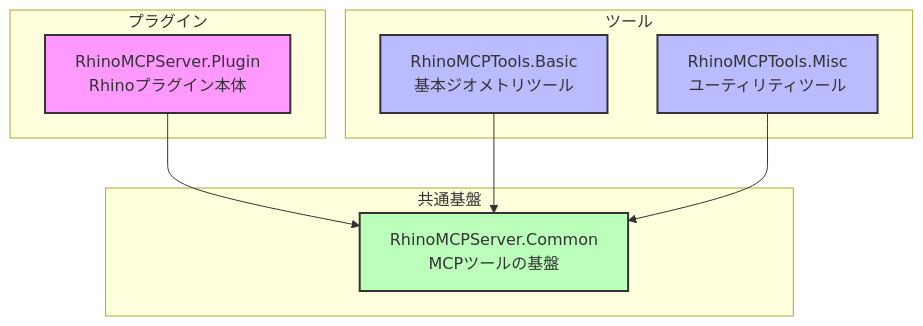
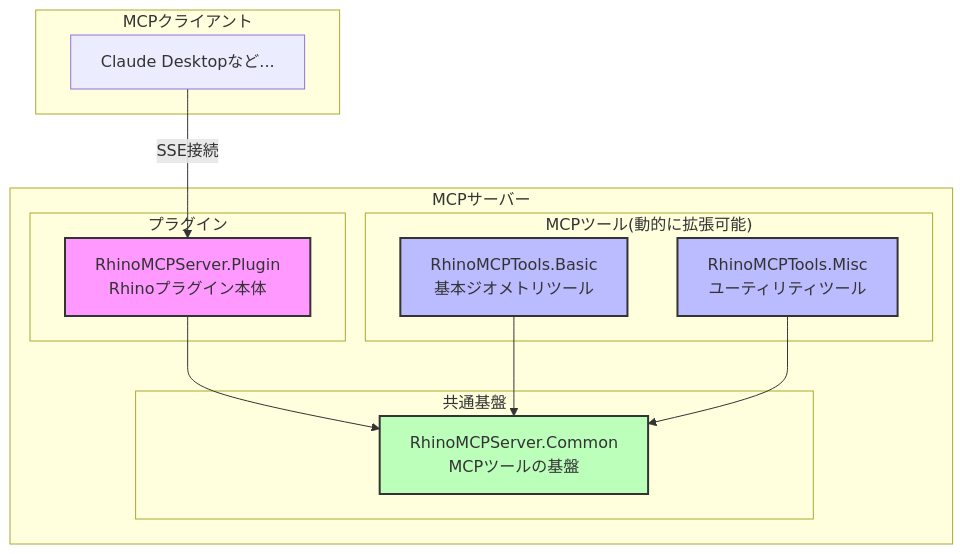
Before and after one commit to 4kk11/RhinoMCPServer: the diagram in README.ja.md, drawn with Mermaid. The commit also changed other lines of this file and 1 other file, not shown here.

Commit message:
Update: README

````diff
--- a/README.ja.md
+++ b/README.ja.md
@@ -18,28 +18,35 @@
 ```mermaid
 graph TB
-    subgraph プラグイン
-        A[RhinoMCPServer.Plugin<br>Rhinoプラグイン本体]
+    subgraph MCPクライアント
+      X[Claude Desktopなど...]
     end
 
-    subgraph 共通基盤
-        B[RhinoMCPServer.Common<br>MCPツールの基盤]
-    end
+    subgraph MCPサーバー
+      subgraph プラグイン
+          A[RhinoMCPServer.Plugin<br>Rhinoプラグイン本体]
+      end
 
-    subgraph ツール
-        C[RhinoMCPTools.Basic<br>基本ジオメトリツール]
-        D[RhinoMCPTools.Misc<br>ユーティリティツール]
+      subgraph 共通基盤
+          B[RhinoMCPServer.Common<br>MCPツールの基盤]
+      end
+
+      subgraph "MCPツール(動的に拡張可能)"
+          C[RhinoMCPTools.Basic<br>基本ジオメトリツール]
+          D[RhinoMCPTools.Misc<br>ユーティリティツール]
+      end
     end
 
 
     A --> B
     C --> B
     D --> B
+    X -->|"SSE接続"| A
 
     classDef plugin fill:#f9f,stroke:#333,stroke-width:2px;
     classDef common fill:#bfb,stroke:#333,stroke-width:2px;
     classDef tools fill:#bbf,stroke:#333,stroke-width:2px;
 
     class A plugin;
     class B common;
     class C,D tools;
 ```
````
